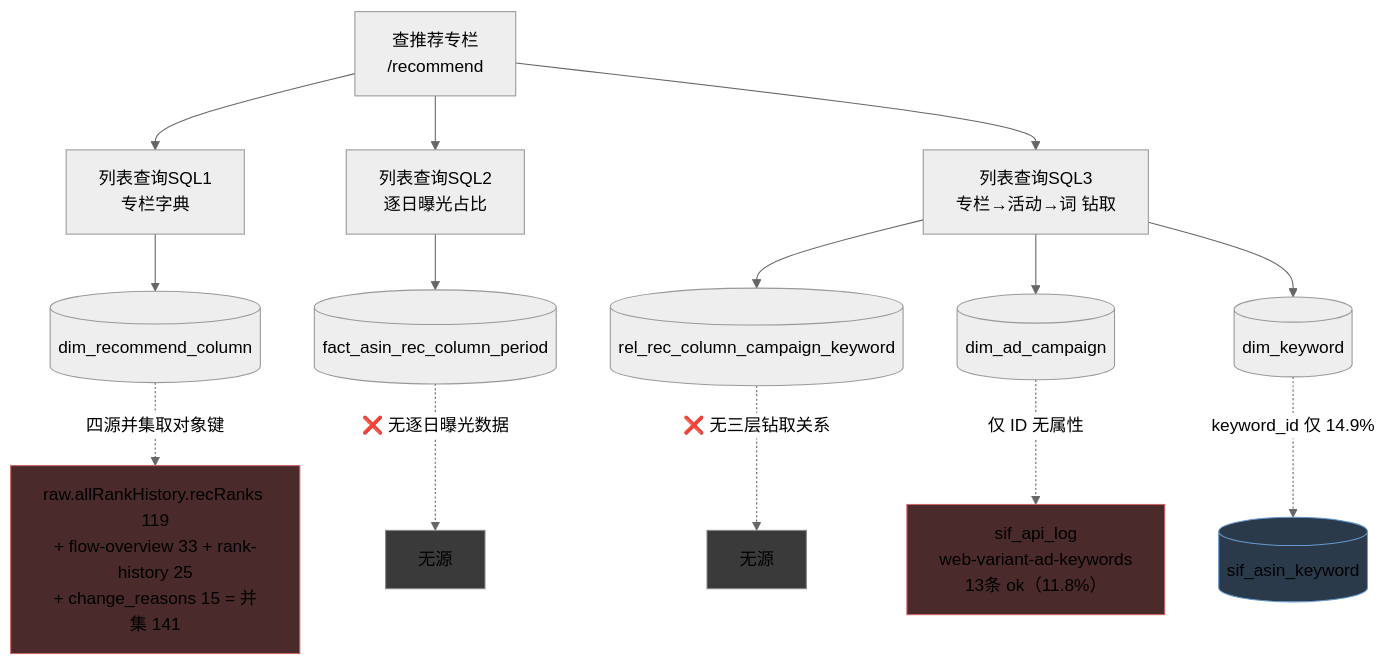
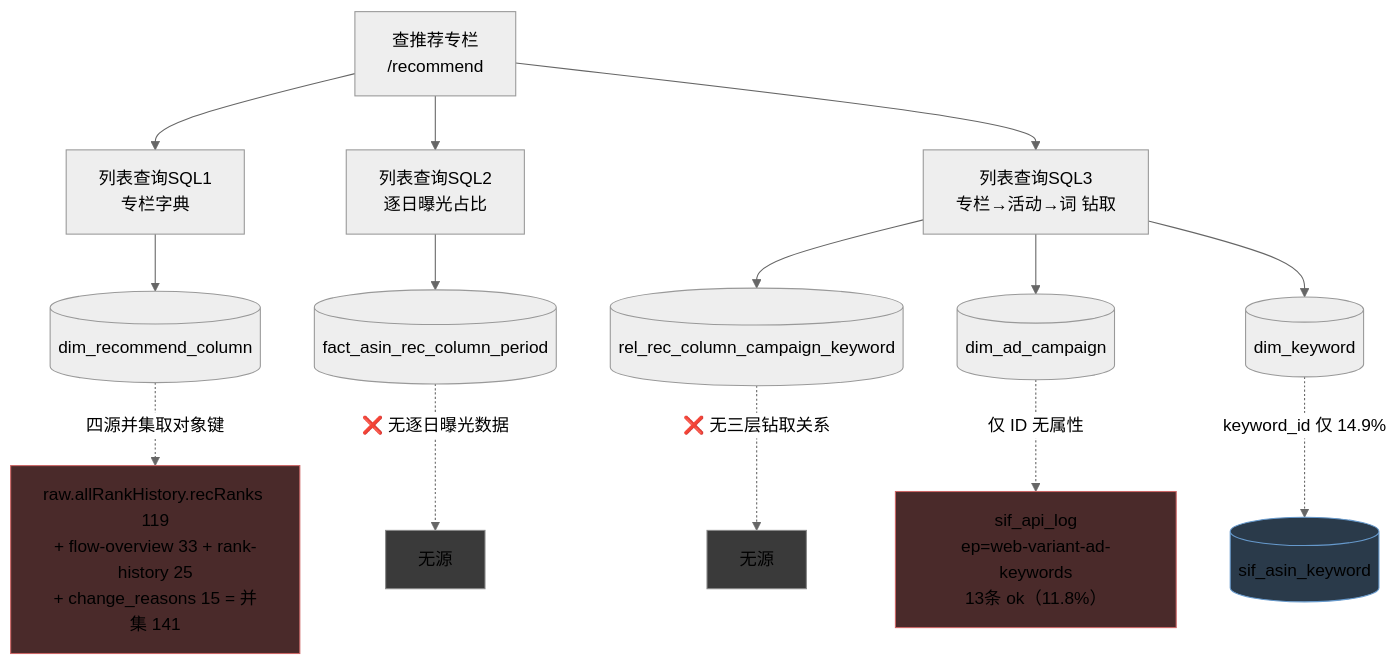
Before and after one commit to xiangge1208/looom: the fourth of 11 diagrams in docs/MODULE_DATA_FLOW.md, drawn with Mermaid (neutral theme). The commit also changed other lines of this file and 68 other files, not shown here.

````diff
--- a/docs/MODULE_DATA_FLOW.md
+++ b/docs/MODULE_DATA_FLOW.md
@@ -342,27 +384,27 @@
 ```mermaid
 flowchart TD
   P["查推荐专栏<br/>/recommend"]
 
     P --> S1["列表查询SQL1<br/>专栏字典"]
     P --> S2["列表查询SQL2<br/>逐日曝光占比"]
     P --> S3["列表查询SQL3<br/>专栏→活动→词 钻取"]
 
     S1 --> T1[("dim_recommend_column")]
     S2 --> T2[("fact_asin_rec_column_period")]
     S3 --> T3[("rel_rec_column_campaign_keyword")]
     S3 --> T4[("dim_ad_campaign")]
     S3 --> T5[("dim_keyword")]
 
     %% ---------- PG 源层 ----------
     T1 -.->|"四源并集取对象键"| G1["raw.allRankHistory.recRanks 119<br/>+ flow-overview 33 + rank-history 25<br/>+ change_reasons 15 = 并集 141"]
     T2 -.->|"❌ 无逐日曝光数据"| GX1["无源"]
     T3 -.->|"❌ 无三层钻取关系"| GX2["无源"]
-    T4 -.->|"仅 ID 无属性"| G2["sif_api_log<br/>web-variant-ad-keywords<br/>13条 ok（11.8%）"]
+    T4 -.->|"仅 ID 无属性"| G2["sif_api_log<br/>ep=web-variant-ad-keywords<br/>13条 ok（11.8%）"]
     T5 -.->|"keyword_id 仅 14.9%"| G3[("sif_asin_keyword")]
 
     style G1 fill:#4a2a2a,stroke:#c66
     style G2 fill:#4a2a2a,stroke:#c66
     style G3 fill:#2a3a4a,stroke:#69c
     style GX1 fill:#3a3a3a,stroke:#888
     style GX2 fill:#3a3a3a,stroke:#888
 ```
````
